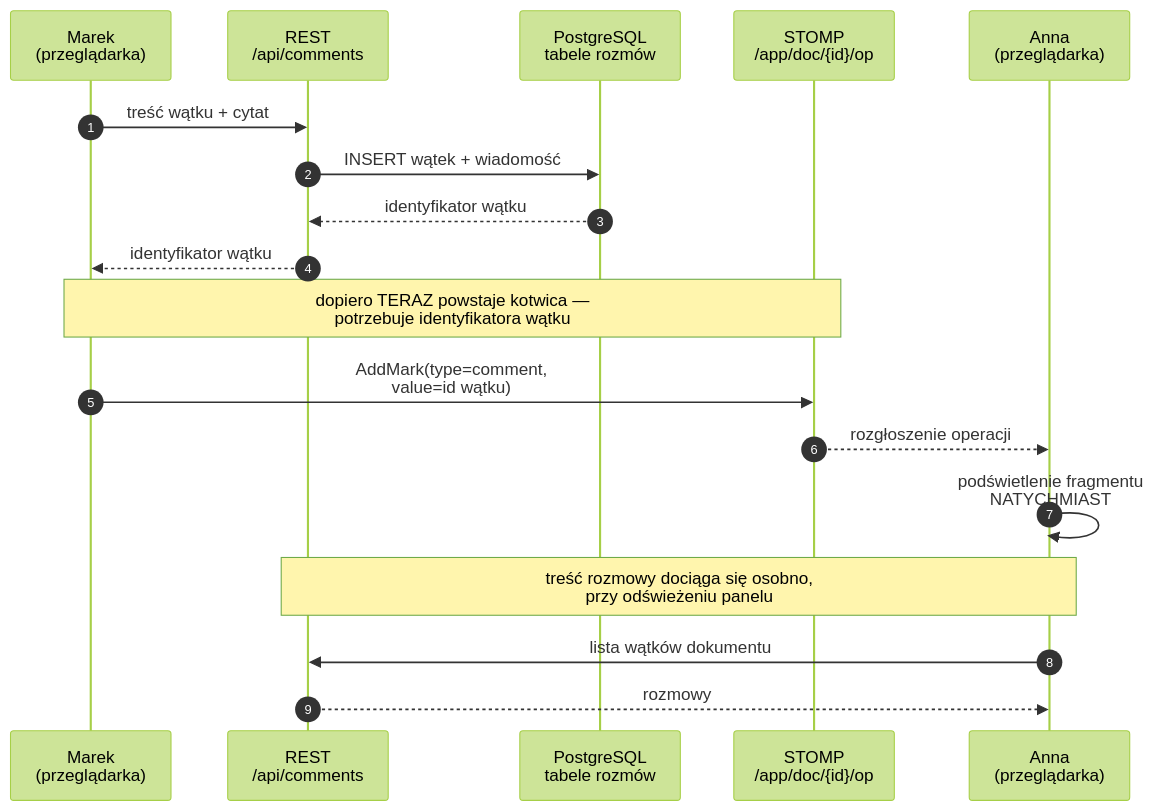
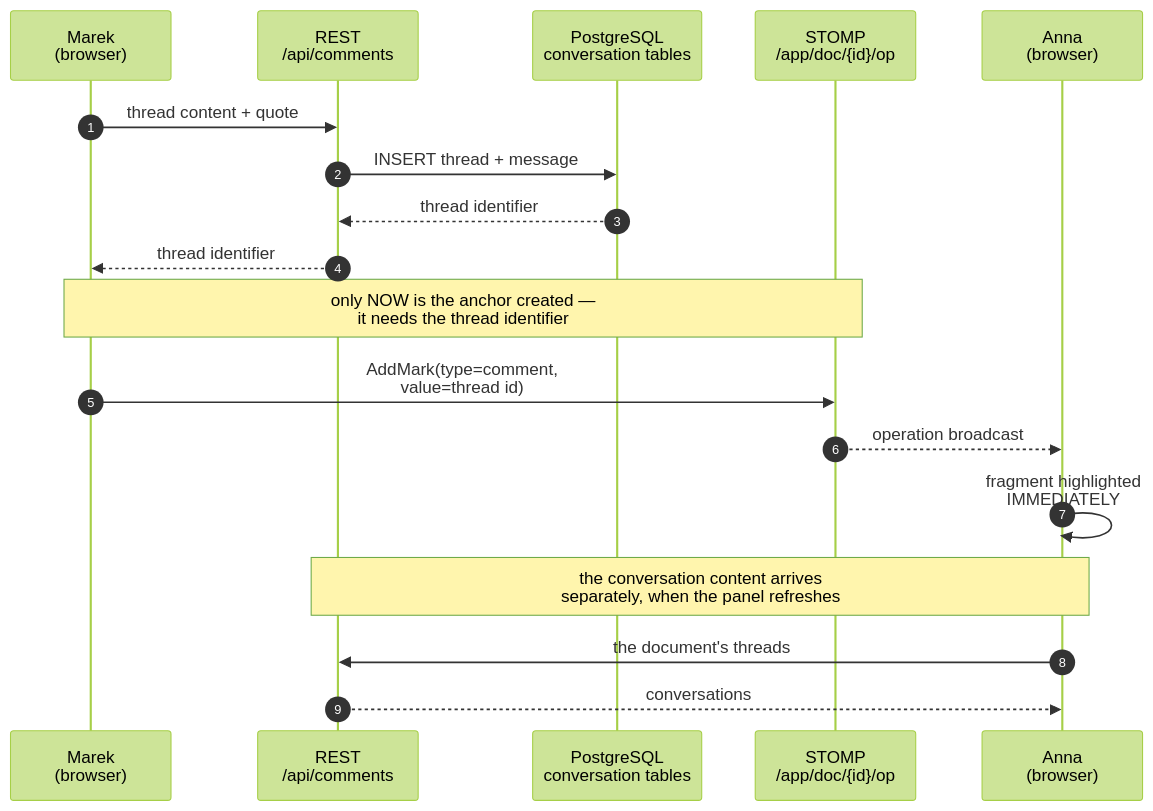
One commit to mblaszczykowski/Collaborative-Document-Editor changed the fourth of 4 diagrams in docs/architektura.md. Above: the diagram before and after it, drawn with Mermaid (forest theme). The commit also changed other lines of this file and 1 other file, not shown here.

Commit message:
docs(i18n): crdt-design and the architecture diagrams in English

````diff
--- a/docs/architektura.md
+++ b/docs/architektura.md
@@ -141,24 +142,24 @@
 ```mermaid
 sequenceDiagram
     autonumber
-    participant M as Marek<br/>(przeglądarka)
+    participant M as Marek<br/>(browser)
     participant REST as REST<br/>/api/comments
-    participant DB as PostgreSQL<br/>tabele rozmów
+    participant DB as PostgreSQL<br/>conversation tables
     participant WS as STOMP<br/>/app/doc/{id}/op
-    participant A as Anna<br/>(przeglądarka)
+    participant A as Anna<br/>(browser)
 
-    M->>REST: treść wątku + cytat
-    REST->>DB: INSERT wątek + wiadomość
-    DB-->>REST: identyfikator wątku
-    REST-->>M: identyfikator wątku
+    M->>REST: thread content + quote
+    REST->>DB: INSERT thread + message
+    DB-->>REST: thread identifier
+    REST-->>M: thread identifier
 
-    Note over M,WS: dopiero TERAZ powstaje kotwica —<br/>potrzebuje identyfikatora wątku
+    Note over M,WS: only NOW is the anchor created —<br/>it needs the thread identifier
 
-    M->>WS: AddMark(type=comment,<br/>value=id wątku)
-    WS-->>A: rozgłoszenie operacji
-    A->>A: podświetlenie fragmentu<br/>NATYCHMIAST
+    M->>WS: AddMark(type=comment,<br/>value=thread id)
+    WS-->>A: operation broadcast
+    A->>A: fragment highlighted<br/>IMMEDIATELY
 
-    Note over A,REST: treść rozmowy dociąga się osobno,<br/>przy odświeżeniu panelu
-    A->>REST: lista wątków dokumentu
-    REST-->>A: rozmowy
+    Note over A,REST: the conversation content arrives<br/>separately, when the panel refreshes
+    A->>REST: the document's threads
+    REST-->>A: conversations
 ```
````
